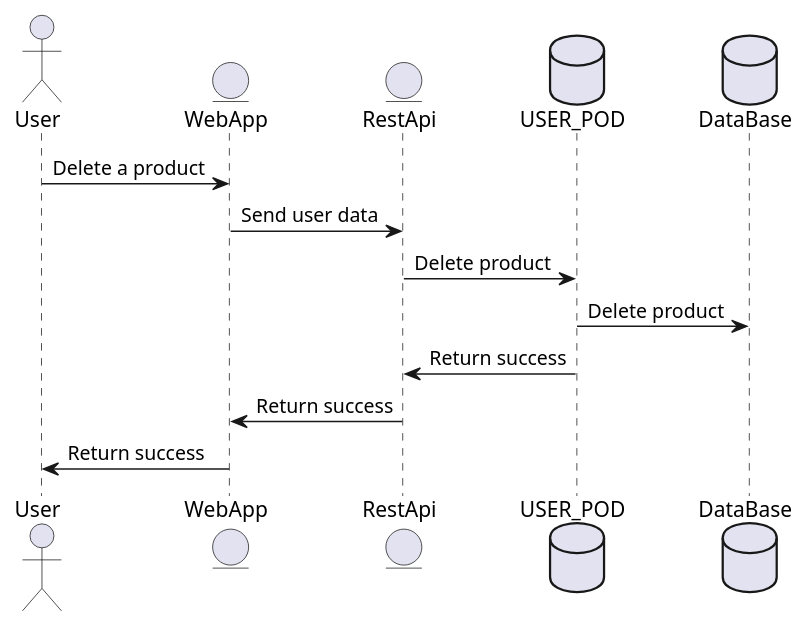
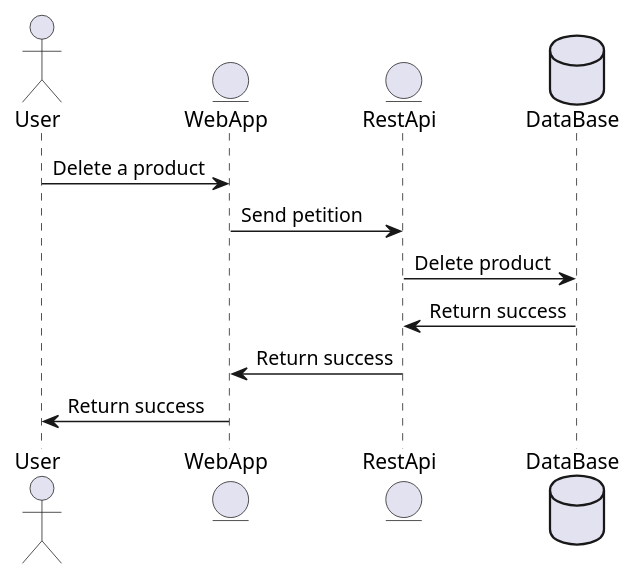
The third of 3 diagrams in docs/06_runtime_view.adoc (Arquisoft/dede_es3c), drawn with PlantUML before and after one commit. The commit also changed other lines of this file, not shown here.

```diff
--- a/docs/06_runtime_view.adoc
+++ b/docs/06_runtime_view.adoc
@@ -75,17 +77,15 @@
 [plantuml,"Delete a product from the shopping cart",png]
 ----
 @startuml
 actor User
 entity WebApp
 entity RestApi
-database USER_POD
 database DataBase
 User -> WebApp: Delete a product
-WebApp -> RestApi: Send user data
-RestApi -> USER_POD: Delete product
-USER_POD -> DataBase: Delete product
-USER_POD -> RestApi: Return success
+WebApp -> RestApi: Send petition
+RestApi -> DataBase: Delete product
+DataBase -> RestApi: Return success
 RestApi -> WebApp: Return success
 WebApp -> User: Return success
 @enduml
 ----
```
